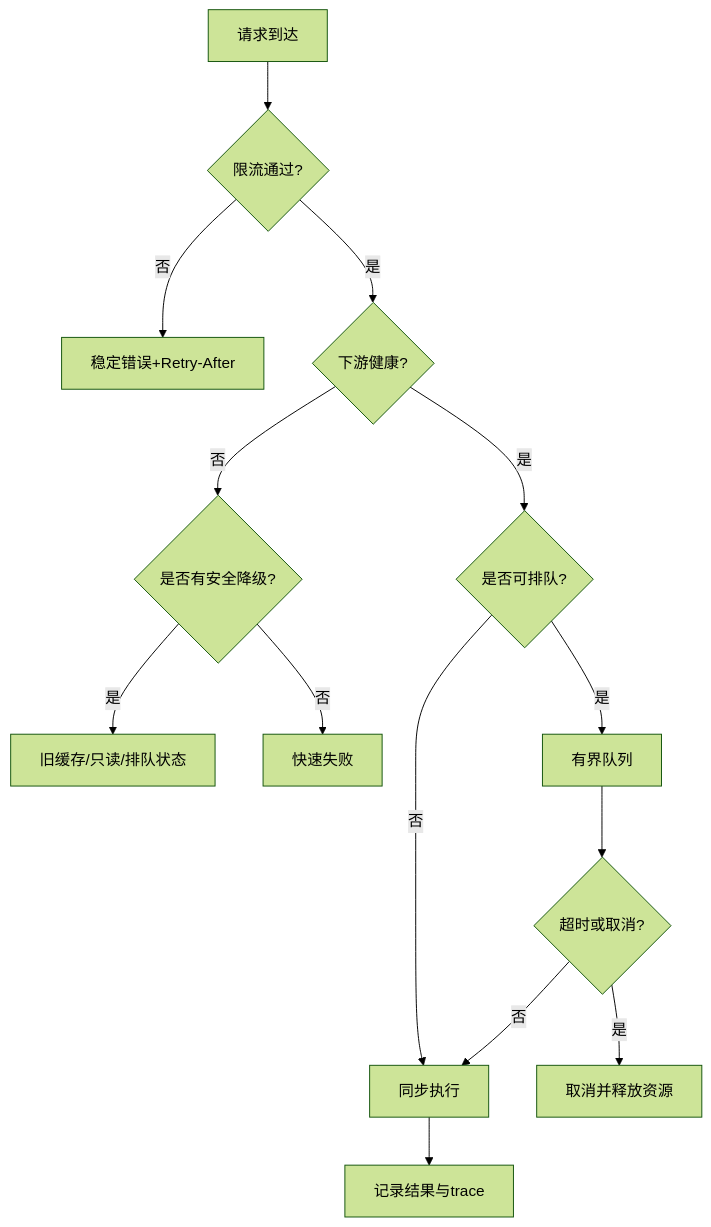
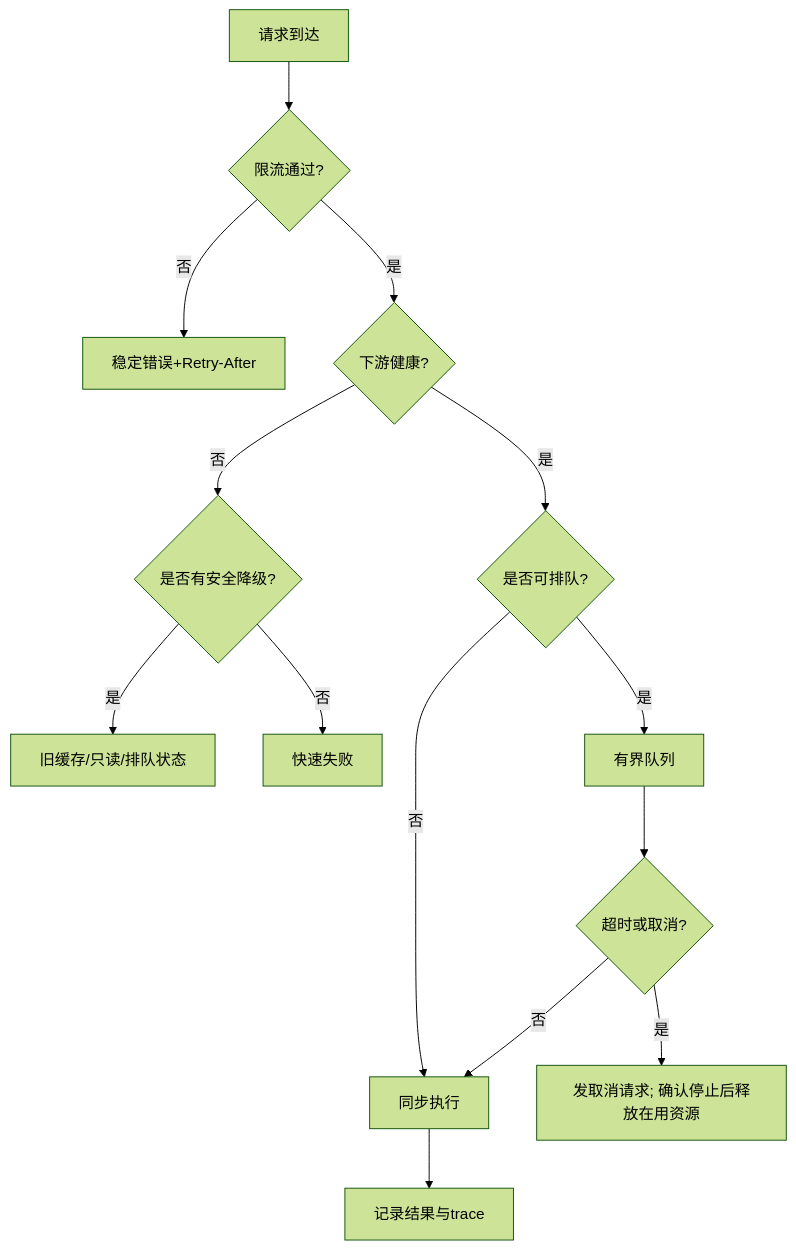
One commit to fantuan812/learning changed the diagram in 游戏服务端/04-平台与可靠性/02-限流熔断背压与过载保护.md. Above: the diagram before and after it, drawn with Mermaid (forest theme). The commit also changed other lines of this file and 7 other files, not shown here.

````diff
--- a/游戏服务端/04-平台与可靠性/02-限流熔断背压与过载保护.md
+++ b/游戏服务端/04-平台与可靠性/02-限流熔断背压与过载保护.md
@@ -126,16 +127,16 @@
 ```mermaid
 flowchart TD
     Q[请求到达] --> L{限流通过?}
     L -- 否 --> X[稳定错误+Retry-After]
     L -- 是 --> D{下游健康?}
     D -- 是 --> H{是否可排队?}
     D -- 否 --> F{是否有安全降级?}
     F -- 是 --> C[旧缓存/只读/排队状态]
     F -- 否 --> Z[快速失败]
     H -- 是 --> P[有界队列]
     H -- 否 --> W[同步执行]
     P --> T{超时或取消?}
-    T -- 是 --> Y[取消并释放资源]
+    T -- 是 --> Y[发取消请求; 确认停止后释放在用资源]
     T -- 否 --> W
     W --> R[记录结果与trace]
 ```
````
